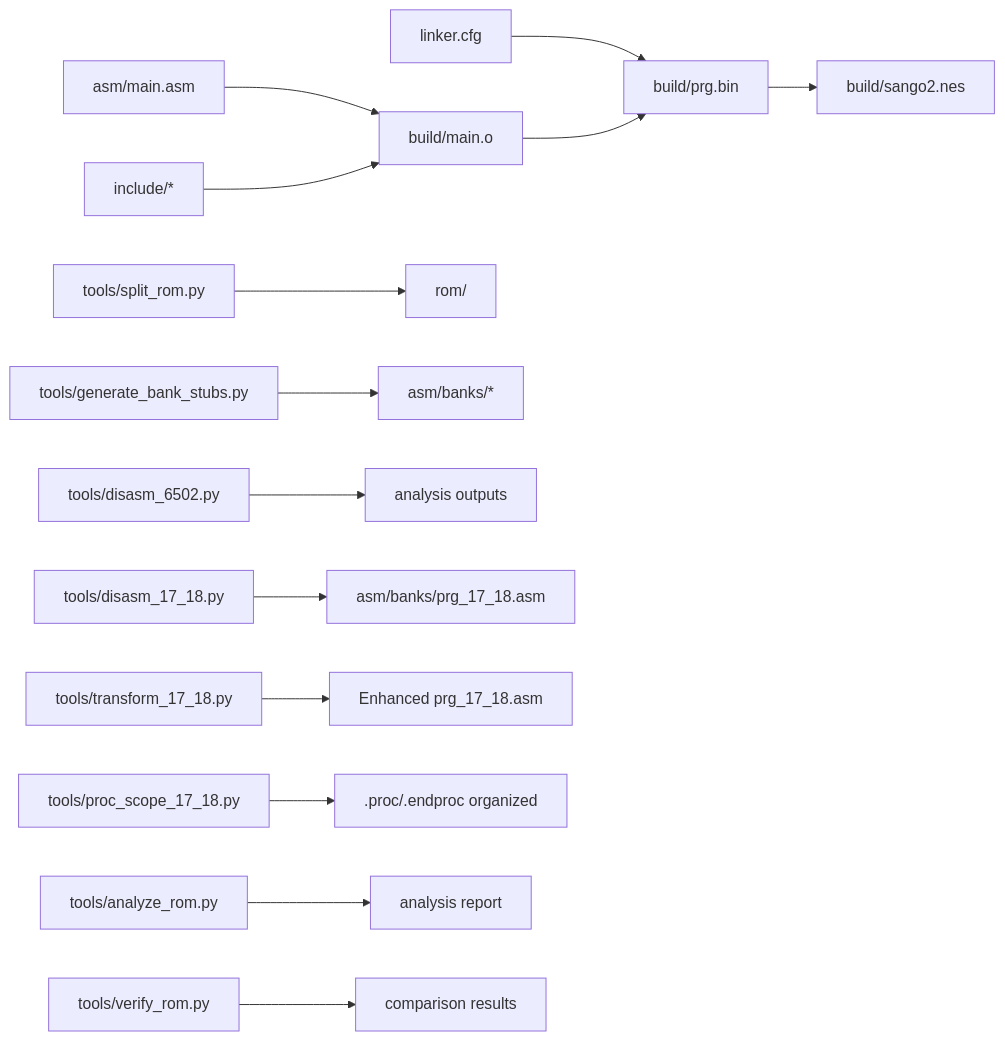
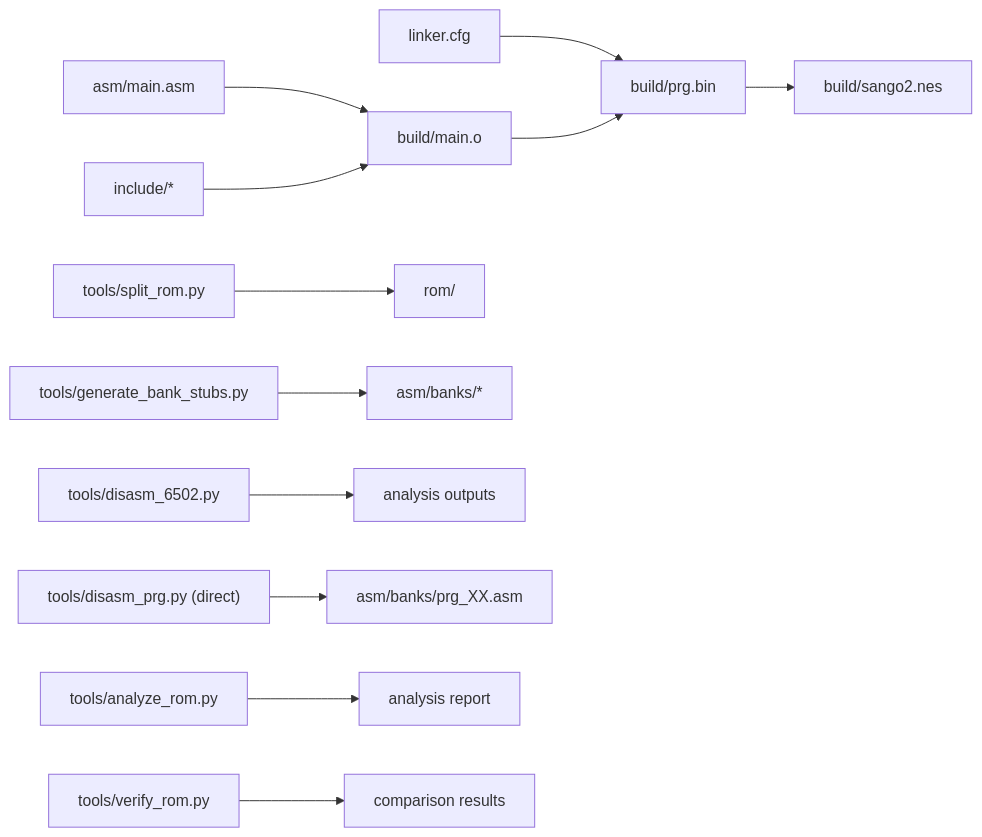
The third of 3 diagrams in .qoder/repowiki/en/content/Build System and Tools/Makefile Targets and Usage.md (rabbyzero/sango2dasm), drawn with Mermaid before and after one commit. The commit also changed other lines of this file and 12 other files, not shown here.

````diff
--- a/.qoder/repowiki/en/content/Build System and Tools/Makefile Targets and Usage.md
+++ b/.qoder/repowiki/en/content/Build System and Tools/Makefile Targets and Usage.md
@@ -355,16 +274,14 @@
 ```mermaid
 graph LR
 MAIN["asm/main.asm"] --> OBJ["build/main.o"]
 INC["include/*"] --> OBJ
 CFG["linker.cfg"] --> BIN["build/prg.bin"]
 OBJ --> BIN
 BIN --> NES["build/sango2.nes"]
 SPLIT["tools/split_rom.py"] --> ROMDIR["rom/"]
 BANKS["tools/generate_bank_stubs.py"] --> ASMBANKS["asm/banks/*"]
 DISASM["tools/disasm_6502.py"] --> OUTDISASM["analysis outputs"]
-UNIDISASM["tools/disasm_17_18.py"] --> COMBINED["asm/banks/prg_17_18.asm"]
-TRANS["tools/transform_17_18.py"] --> MODERNIZED["Enhanced prg_17_18.asm"]
-PROCSCOPE["tools/proc_scope_17_18.py"] --> PROCSCOPED[".proc/.endproc organized"]
+DISASM_PRG["tools/disasm_prg.py (direct)"] --> COMBINED["asm/banks/prg_XX.asm"]
 ANALYZE["tools/analyze_rom.py"] --> OUTANALYZE["analysis report"]
 VERIFY["tools/verify_rom.py"] --> COMPARE["comparison results"]
 ```
````
